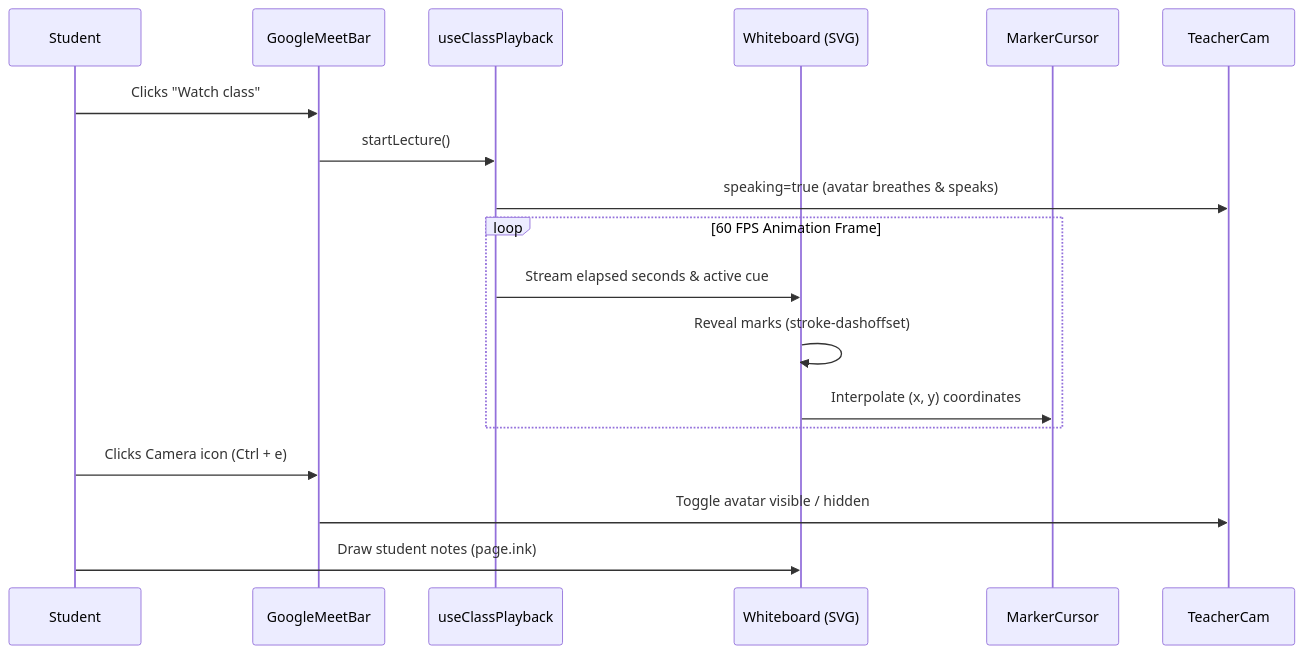
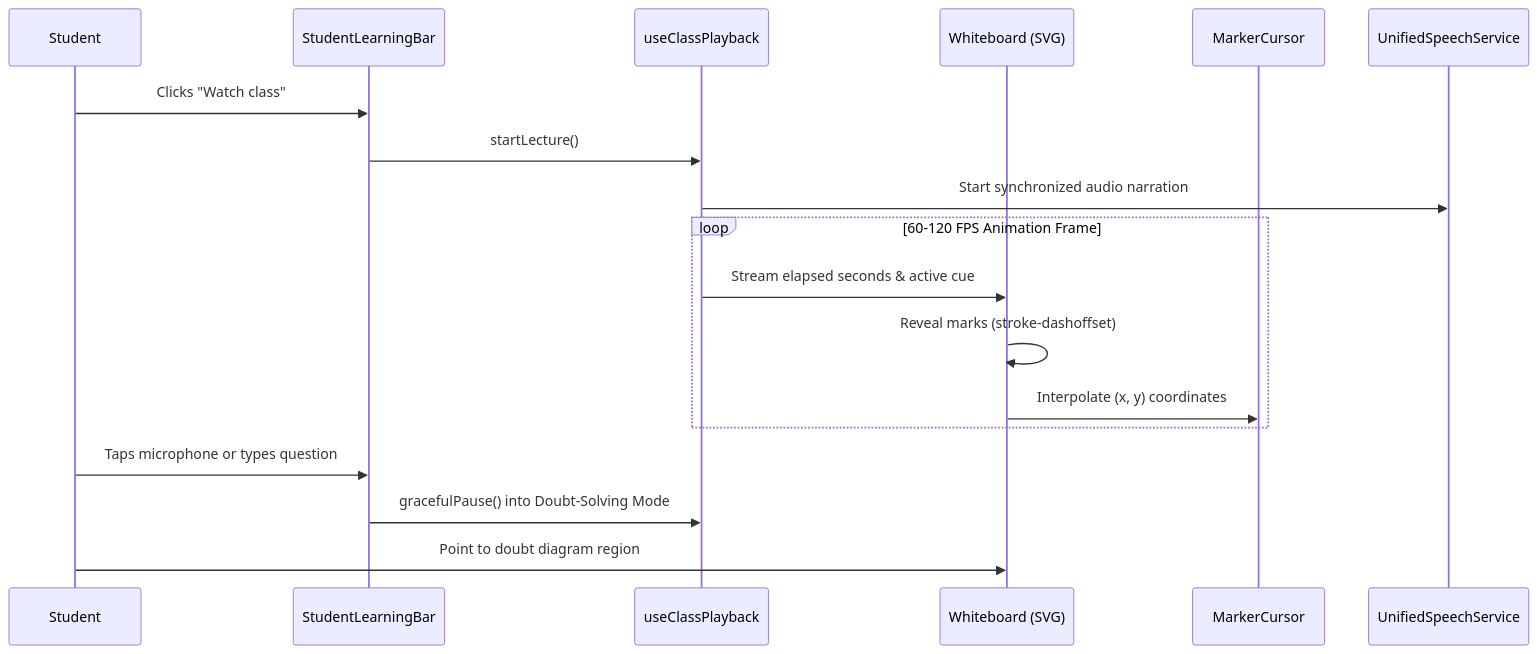
Before and after one commit to pranjal2410719/whiteboard-ai-agent: the second of 3 diagrams in docs/CLASS_AND_TUTOR_ARCHITECTURE.md, drawn with Mermaid. The commit also changed other lines of this file and 36 other files, not shown here.

Commit message:
feat(architecture): streamline student UI, establish unified Professor persona, and integrate Vision Grounding Engine

````diff
--- a/docs/CLASS_AND_TUTOR_ARCHITECTURE.md
+++ b/docs/CLASS_AND_TUTOR_ARCHITECTURE.md
@@ -66,21 +66,21 @@
 ```mermaid
 sequenceDiagram
     participant User as Student
-    participant Bar as GoogleMeetBar
+    participant Bar as StudentLearningBar
     participant Playback as useClassPlayback
     participant Board as Whiteboard (SVG)
     participant Marker as MarkerCursor
-    participant Cam as TeacherCam
+    participant Speech as UnifiedSpeechService
 
     User->>Bar: Clicks "Watch class"
     Bar->>Playback: startLecture()
-    Playback->>Cam: speaking=true (avatar breathes & speaks)
-    loop 60 FPS Animation Frame
+    Playback->>Speech: Start synchronized audio narration
+    loop 60-120 FPS Animation Frame
         Playback->>Board: Stream elapsed seconds & active cue
         Board->>Board: Reveal marks (stroke-dashoffset)
         Board->>Marker: Interpolate (x, y) coordinates
     end
-    User->>Bar: Clicks Camera icon (Ctrl + e)
-    Bar->>Cam: Toggle avatar visible / hidden
-    User->>Board: Draw student notes (page.ink)
+    User->>Bar: Taps microphone or types question
+    Bar->>Playback: gracefulPause() into Doubt-Solving Mode
+    User->>Board: Point to doubt diagram region
 ```
````
